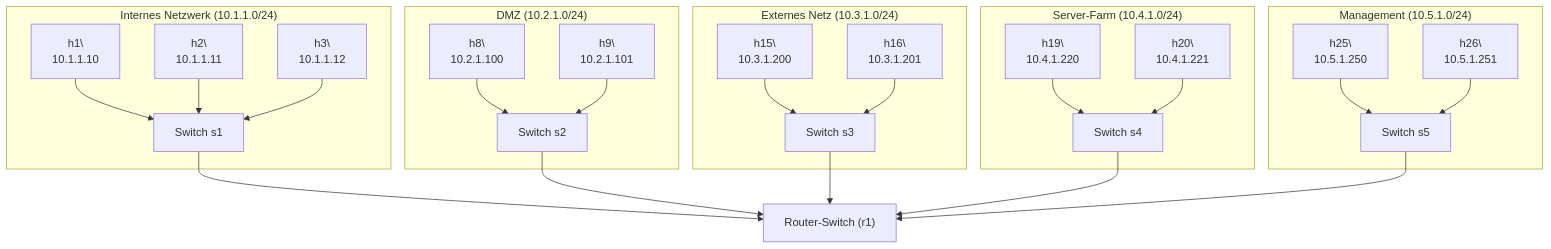
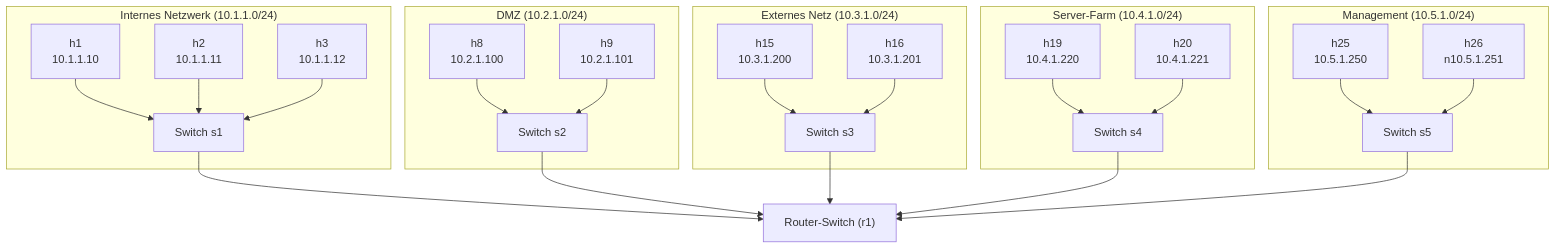
Before and after one commit to Flipp-io/SDN-Praktikum: the diagram in deepdive/README.md, drawn with Mermaid.

````diff
--- a/deepdive/README.md
+++ b/deepdive/README.md
@@ -21,45 +21,45 @@
 ```mermaid
 flowchart TD
     subgraph Internes_Netzwerk["Internes Netzwerk (10.1.1.0/24)"]
-        h1["h1\\n10.1.1.10"]
-        h2["h2\\n10.1.1.11"]
-        h3["h3\\n10.1.1.12"]
+        h1["h1 <br> 10.1.1.10"]
+        h2["h2 <br> 10.1.1.11"]
+        h3["h3 <br> 10.1.1.12"]
         s1["Switch s1"]
         h1 --> s1
         h2 --> s1
         h3 --> s1
     end
     subgraph DMZ["DMZ (10.2.1.0/24)"]
-        h8["h8\\n10.2.1.100"]
-        h9["h9\\n10.2.1.101"]
+        h8["h8<br>10.2.1.100"]
+        h9["h9<br>10.2.1.101"]
         s2["Switch s2"]
         h8 --> s2
         h9 --> s2
     end
     subgraph Externes_Netz["Externes Netz (10.3.1.0/24)"]
-        h15["h15\\n10.3.1.200"]
-        h16["h16\\n10.3.1.201"]
+        h15["h15<br>10.3.1.200"]
+        h16["h16<br>10.3.1.201"]
         s3["Switch s3"]
         h15 --> s3
         h16 --> s3
     end
     subgraph Server_Farm["Server-Farm (10.4.1.0/24)"]
-        h19["h19\\n10.4.1.220"]
-        h20["h20\\n10.4.1.221"]
+        h19["h19<br>10.4.1.220"]
+        h20["h20<br>10.4.1.221"]
         s4["Switch s4"]
         h19 --> s4
         h20 --> s4
     end
     subgraph Management["Management (10.5.1.0/24)"]
-        h25["h25\\n10.5.1.250"]
-        h26["h26\\n10.5.1.251"]
+        h25["h25<br>10.5.1.250"]
+        h26["h26<br>n10.5.1.251"]
         s5["Switch s5"]
         h25 --> s5
         h26 --> s5
     end
     s1 --> r1["Router-Switch (r1)"]
     s2 --> r1
     s3 --> r1
     s4 --> r1
     s5 --> r1
 ```
````
